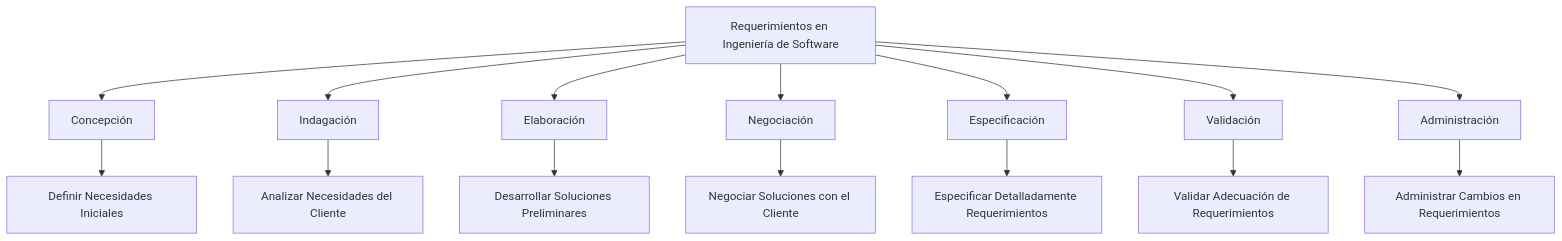
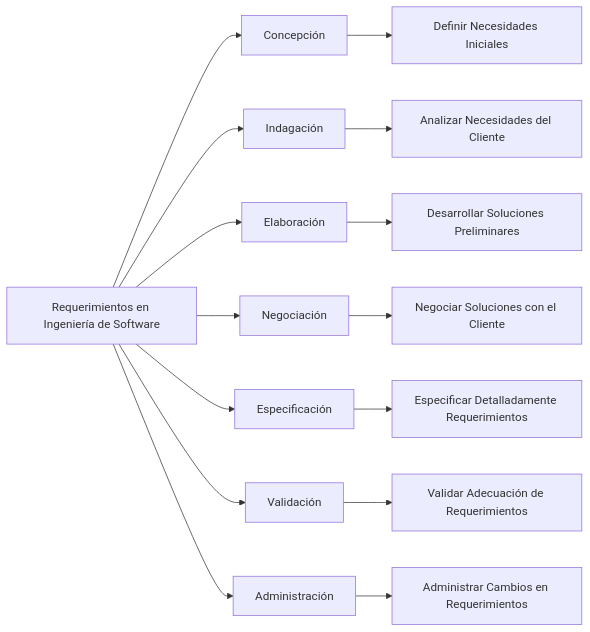
The diagram in que es un requerimiento.md (IngenieriaDeRequerimientosDaVinci/Programa2024), drawn with Mermaid before and after one commit.

Commit message:
Update que es un requerimiento.md

````diff
--- a/que es un requerimiento.md
+++ b/que es un requerimiento.md
@@ -12,17 +12,17 @@
 ```mermaid
-graph TD
+graph LR
     A[Requerimientos en Ingeniería de Software] --> B[Concepción]
     A --> C[Indagación]
     A --> D[Elaboración]
     A --> E[Negociación]
     A --> F[Especificación]
     A --> G[Validación]
     A --> H[Administración]
     B --> I[Definir Necesidades Iniciales]
     C --> J[Analizar Necesidades del Cliente]
     D --> K[Desarrollar Soluciones Preliminares]
     E --> L[Negociar Soluciones con el Cliente]
     F --> M[Especificar Detalladamente Requerimientos]
     G --> N[Validar Adecuación de Requerimientos]
     H --> O[Administrar Cambios en Requerimientos]
 ```
````
